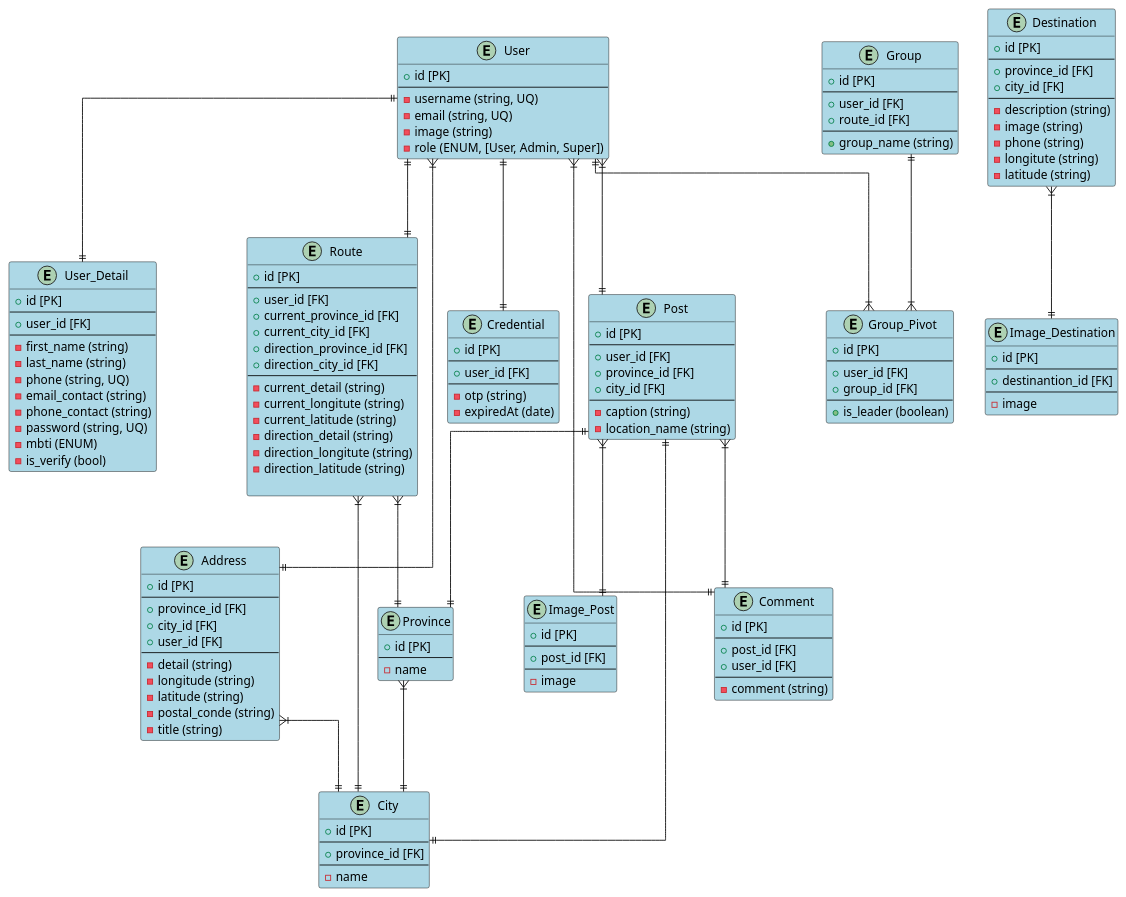
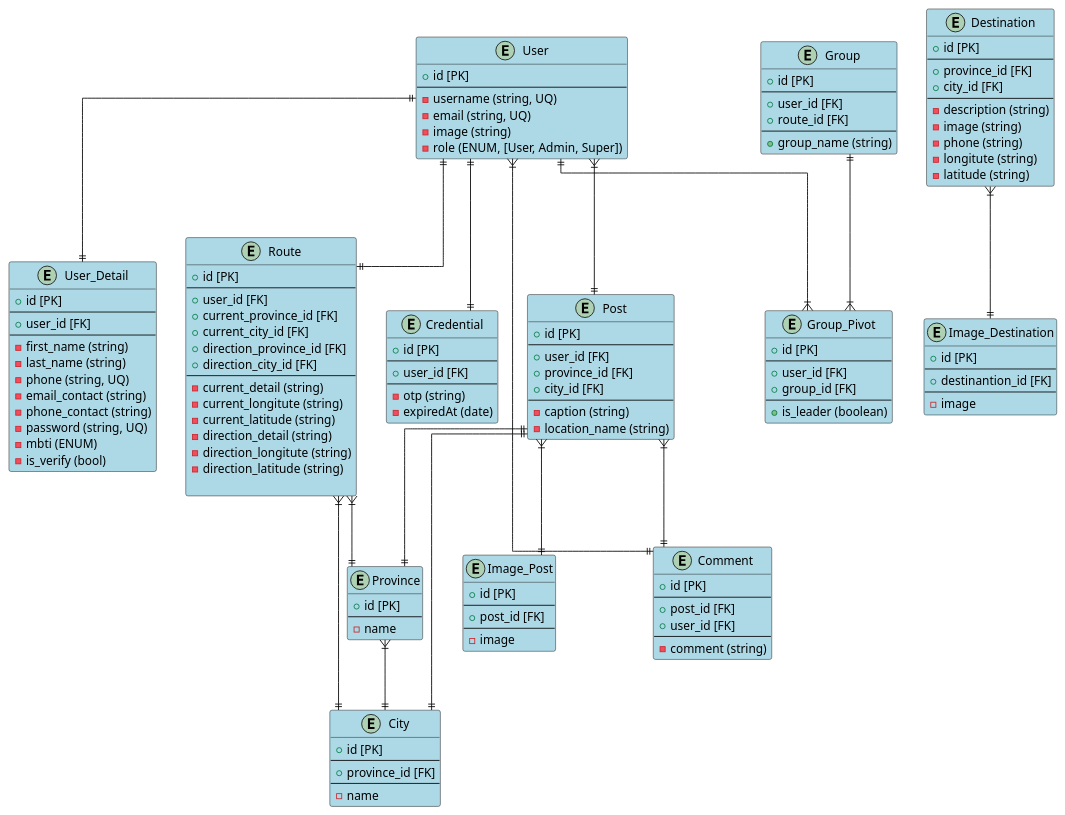
Before and after one commit to usaidaka/Travelink: the diagram in server/database new.puml, drawn with PlantUML. The commit also changed 2 other files, not shown here.

```diff
--- a/server/database new.puml
+++ b/server/database new.puml
@@ -39,21 +39,6 @@
   -email (string, UQ)
   -image (string)
   -role (ENUM, [User, Admin, Super])
-}
-
-entity "Address" {
-    /' V '/    
-  + id [PK]
-  --
-  + province_id [FK]
-  + city_id [FK]
-  + user_id [FK]
-  --
-  -detail (string)
-  -longitude (string)
-  -latitude (string)
-  -postal_conde (string)
-  -title (string)
 }
 
 entity "Route"{
@@ -189,12 +174,10 @@
 Group ||--|{ Group_Pivot
 User ||--|| User_Detail
 User ||--|| Credential
-User }|--|| Address
 User ||--|| Route
 Province }|--|| City
 Route }|--|| City
 Route }|--|| Province
-Address }|--|| City
 Post ||--|| Province
 Post ||--|| City
 User }|--||Post
```
